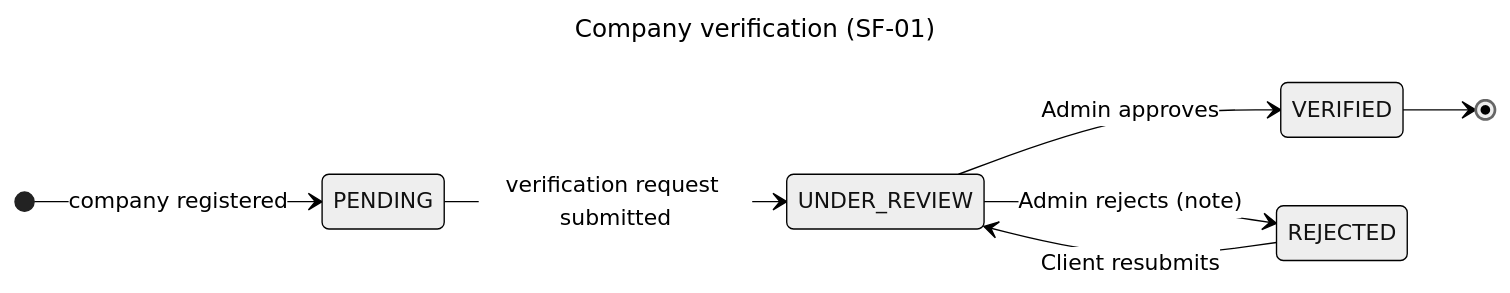
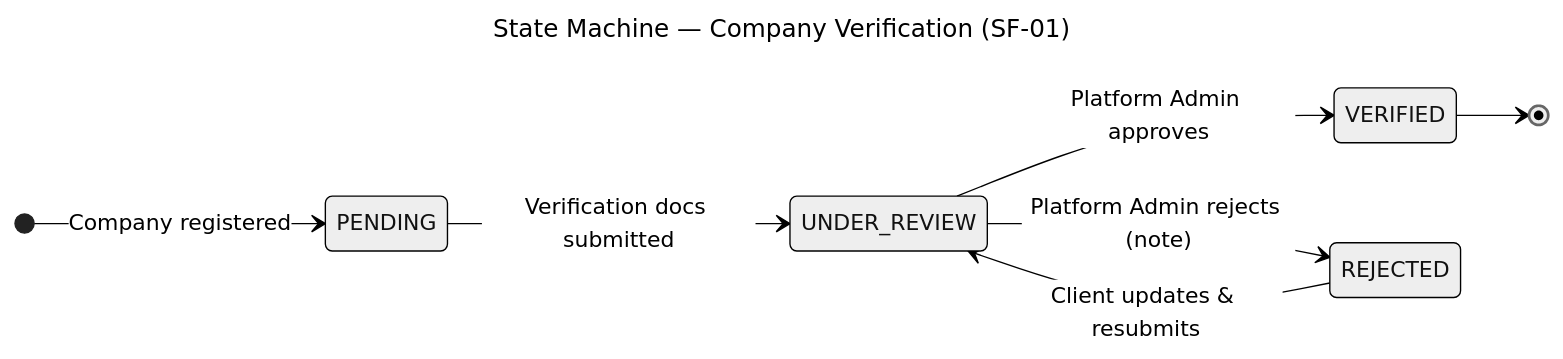
Before and after one commit to hoangqui794/hr-connect: the diagram in docs/diagrams/state-machines/source/sm-company-verification.mmd, drawn with Mermaid (neutral theme). The commit also changed 172 other files, not shown here.

Commit message:
docs: add architectural, sequence, and state machine diagrams

```diff
--- a/docs/diagrams/state-machines/source/sm-company-verification.mmd
+++ b/docs/diagrams/state-machines/source/sm-company-verification.mmd
@@ -1,11 +1,11 @@
 ---
-title: Company verification (SF-01)
+title: State Machine — Company Verification (SF-01)
 ---
 stateDiagram-v2
   direction LR
-  [*] --> PENDING : company registered
-  PENDING --> UNDER_REVIEW : verification request submitted
-  UNDER_REVIEW --> VERIFIED : Admin approves
-  UNDER_REVIEW --> REJECTED : Admin rejects (note)
-  REJECTED --> UNDER_REVIEW : Client resubmits
+  [*] --> PENDING : Company registered
+  PENDING --> UNDER_REVIEW : Verification docs submitted
+  UNDER_REVIEW --> VERIFIED : Platform Admin approves
+  UNDER_REVIEW --> REJECTED : Platform Admin rejects (note)
+  REJECTED --> UNDER_REVIEW : Client updates & resubmits
   VERIFIED --> [*]
```
